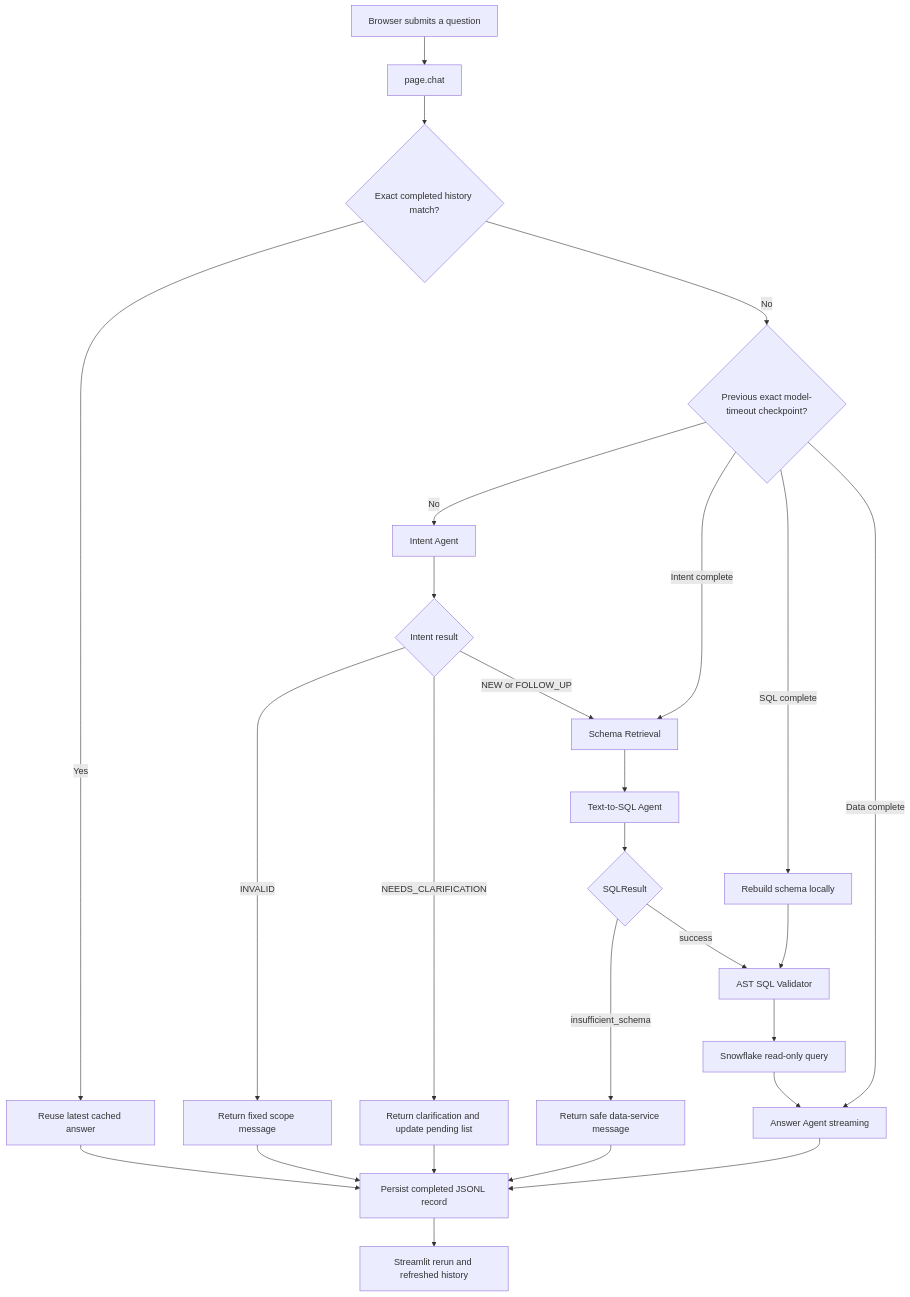
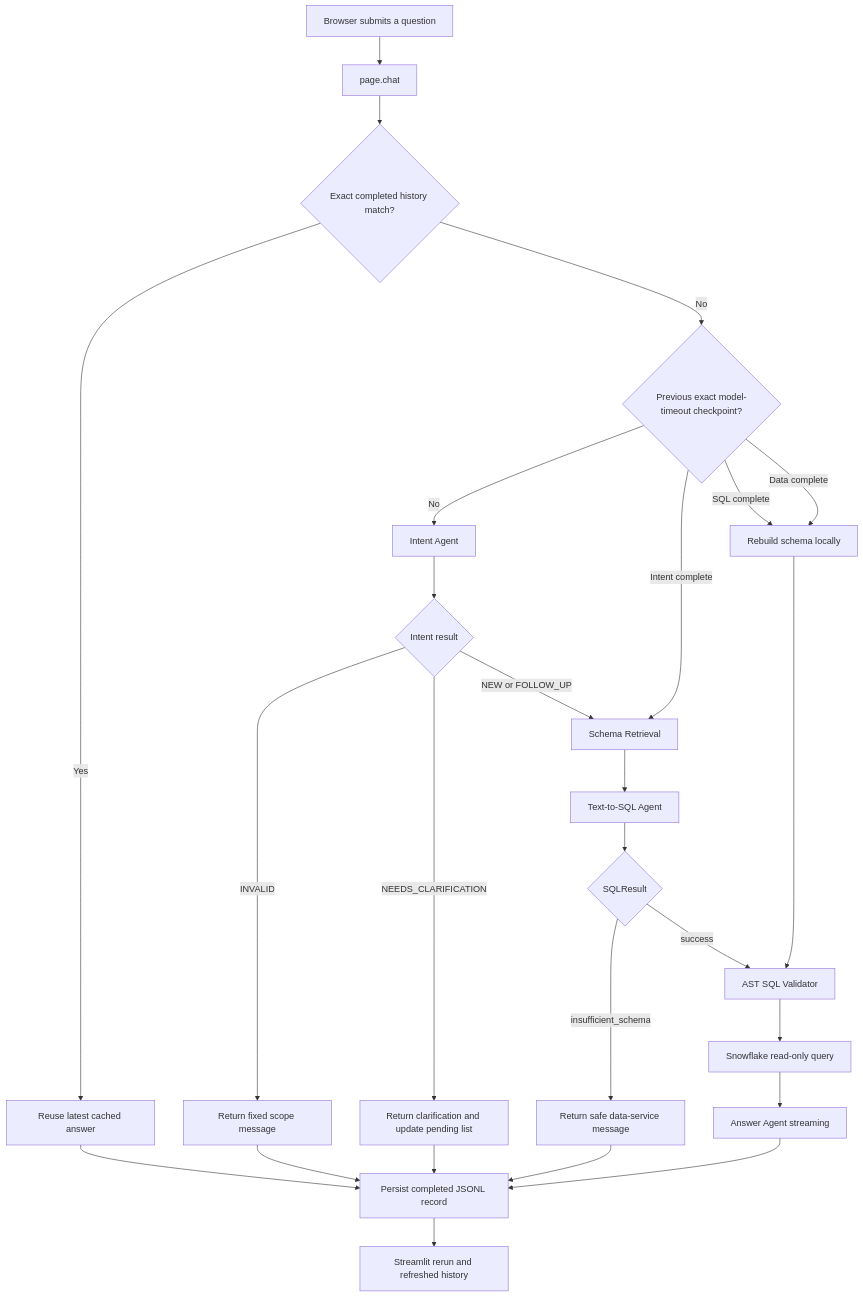
One commit to SealLulu/census-ai-agent changed the diagram in README.md. Above: the diagram before and after it, drawn with Mermaid. The commit also changed other lines of this file, not shown here.

````diff
--- a/README.md
+++ b/README.md
@@ -21,28 +58,28 @@
 ```mermaid
 flowchart TD
     A[Browser submits a question] --> B[page.chat]
     B --> C{Exact completed history match?}
     C -- Yes --> D[Reuse latest cached answer]
     C -- No --> R{Previous exact model-timeout checkpoint?}
     R -- No --> E[Intent Agent]
     R -- Intent complete --> I
     R -- SQL complete --> I2[Rebuild schema locally]
     I2 --> M
-    R -- Data complete --> O
+    R -- Data complete --> I2
     E --> F{Intent result}
     F -- INVALID --> G[Return fixed scope message]
     F -- NEEDS_CLARIFICATION --> H[Return clarification and update pending list]
     F -- NEW or FOLLOW_UP --> I[Schema Retrieval]
     I --> J[Text-to-SQL Agent]
     J --> K{SQLResult}
     K -- insufficient_schema --> L[Return safe data-service message]
     K -- success --> M[AST SQL Validator]
     M --> N[Snowflake read-only query]
     N --> O[Answer Agent streaming]
     O --> P[Persist completed JSONL record]
     D --> P
     G --> P
     H --> P
     L --> P
     P --> Q[Streamlit rerun and refreshed history]
 ```
````
